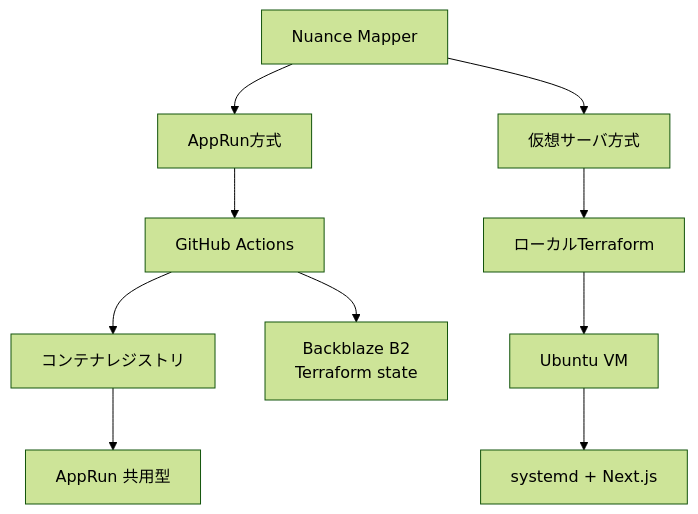
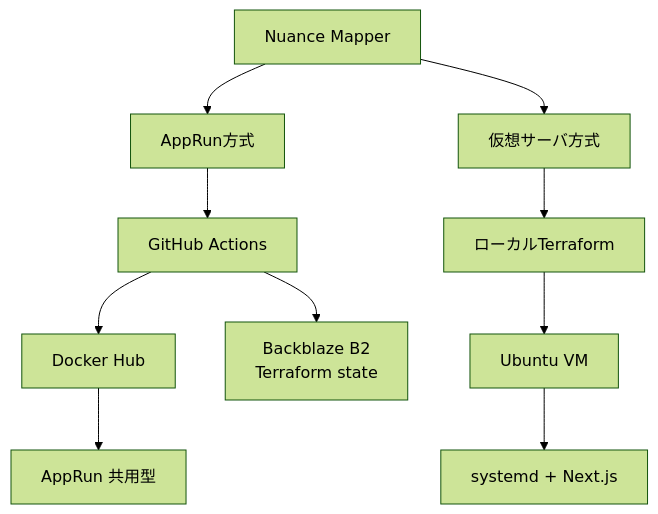
The diagram in terraform/README.md (sohohold/nuance-mapper), drawn with Mermaid (forest theme) before and after one commit. The commit also changed other lines of this file and 8 other files, not shown here.

First line of the commit message:
Switch the AppRun deployment to Docker Hub

````diff
--- a/terraform/README.md
+++ b/terraform/README.md
@@ -22,15 +22,15 @@
 ```mermaid
 flowchart TB
     R[Nuance Mapper]
     R --> A[AppRun方式]
     R --> S[仮想サーバ方式]
 
     A --> GA[GitHub Actions]
-    GA --> CR[コンテナレジストリ]
+    GA --> CR[Docker Hub]
     CR --> AR[AppRun 共用型]
     GA --> OS[Backblaze B2<br/>Terraform state]
 
     S --> TF[ローカルTerraform]
     TF --> VM[Ubuntu VM]
     VM --> SD[systemd + Next.js]
 ```
````
